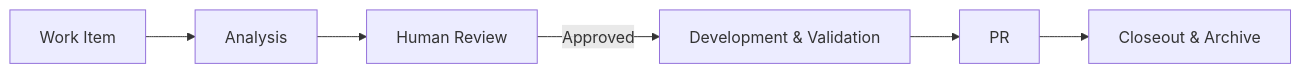
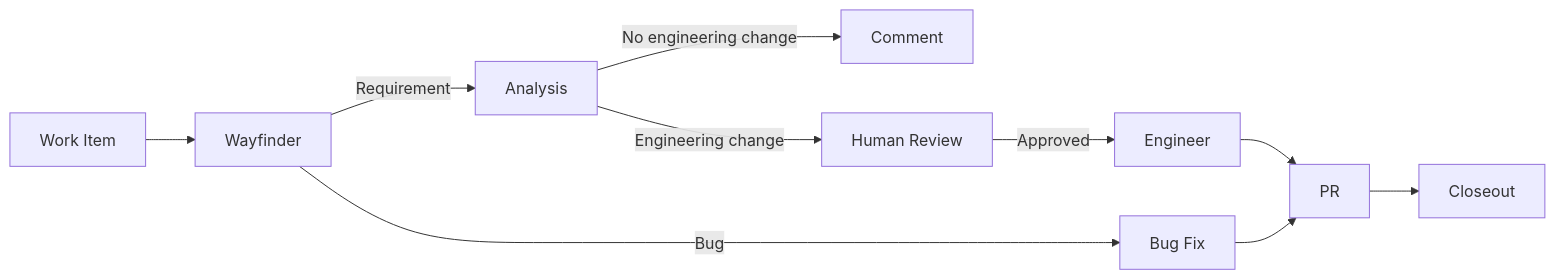
One commit to lilei921/winning-platform-rondo changed the diagram in README.md. Above: the diagram before and after it, drawn with Mermaid. The commit also changed other lines of this file and 7 other files, not shown here.

````diff
--- a/README.md
+++ b/README.md
@@ -18,8 +18,12 @@
 ```mermaid
 flowchart LR
-    A[Work Item] --> B[Analysis]
-    B --> C[Human Review]
-    C -->|Approved| D[Development & Validation]
+    A[Work Item] --> W[Wayfinder]
+    W -->|Requirement| B[Analysis]
+    W -->|Bug| G[Bug Fix]
+    B -->|No engineering change| N[Comment]
+    B -->|Engineering change| C[Human Review]
+    C -->|Approved| D[Engineer]
     D --> E[PR]
-    E --> F[Closeout & Archive]
+    G --> E
+    E --> F[Closeout]
 ```
````
